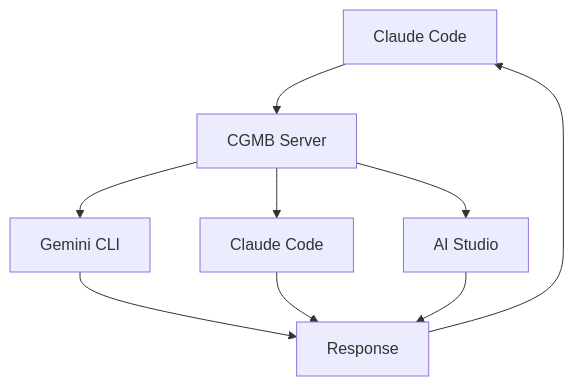
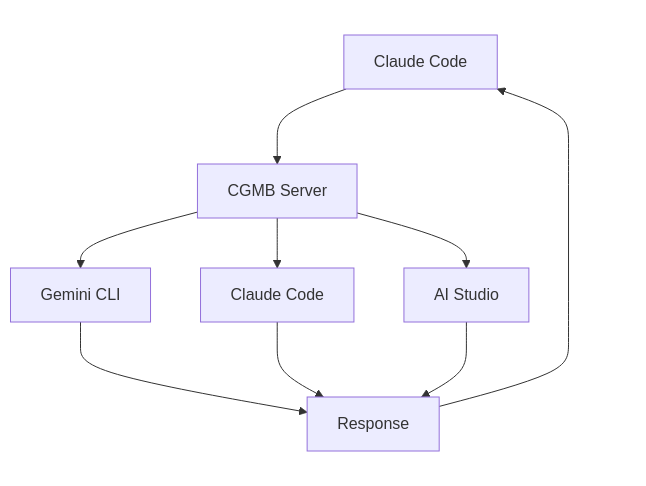
The diagram in README.md (goodaymmm/claude-gemini-multimodal-bridge), drawn with Mermaid before and after one commit.

Commit message:
🔧 fix: Force center alignment with transparent subgraphs
- Wrap Claude Code and Response in invisible subgraphs
- Use transparent styling to hide subgraph borders
- Force Mermaid to center top and bottom nodes

🤖 Generated with [Claude Code](https://claude.ai/code)

````diff
--- a/README.md
+++ b/README.md
@@ -36,14 +36,25 @@
 ```mermaid
 flowchart TD
-    A[Claude Code] --> B[CGMB Server]
+    subgraph top [" "]
+        A[Claude Code]
+    end
+    
+    A --> B[CGMB Server]
     
     B --> C[Gemini CLI]
     B --> D[Claude Code] 
     B --> E[AI Studio]
     
     C --> F[Response]
     D --> F
     E --> F
     
+    subgraph bottom [" "]
+        F
+    end
+    
     F --> A
+    
+    style top fill:none,stroke:none
+    style bottom fill:none,stroke:none
 ```
````
